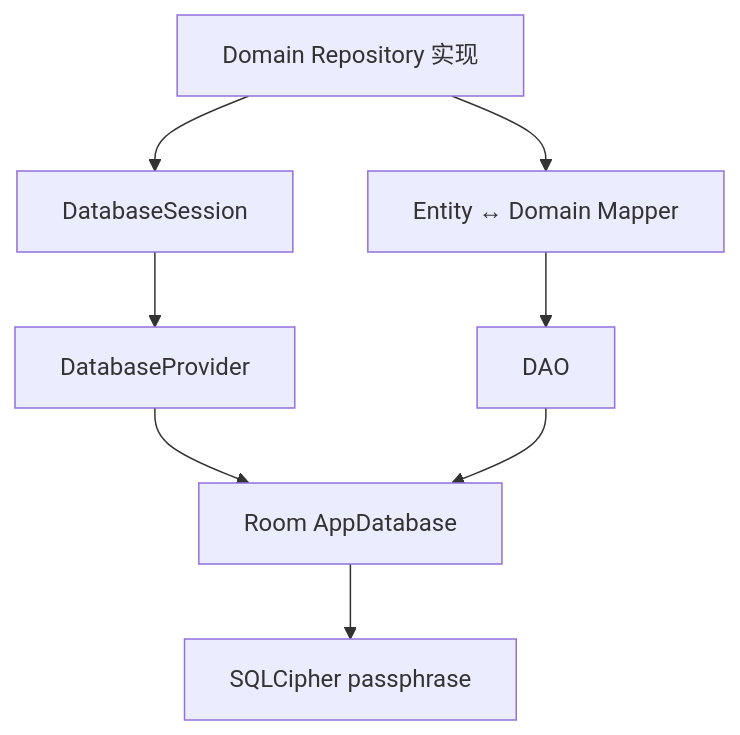
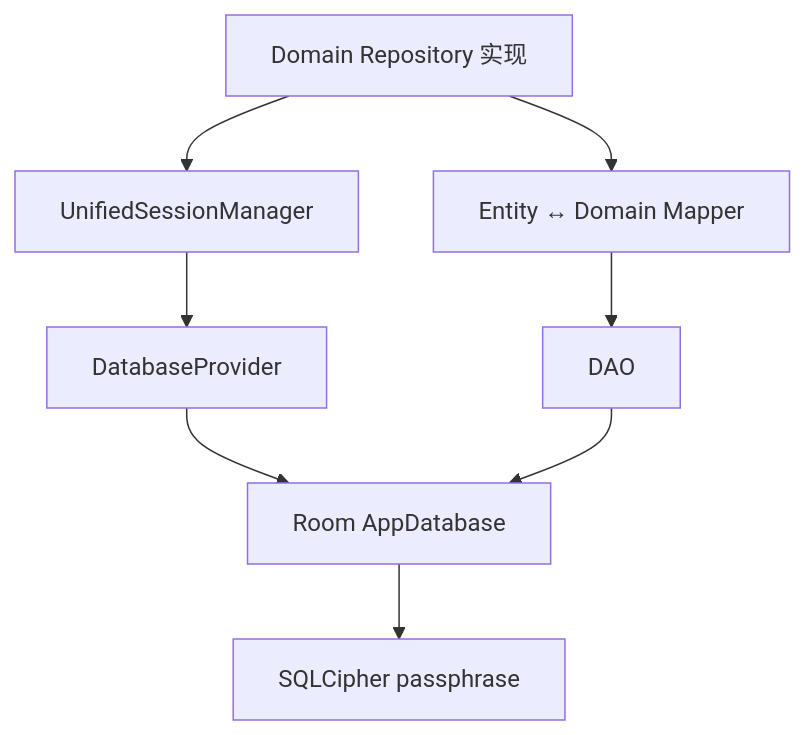
The first of 2 diagrams in docs/data/database.md (aozijx/Passly), drawn with Mermaid before and after one commit. The commit also changed other lines of this file and 71 other files, not shown here.

````diff
--- a/docs/data/database.md
+++ b/docs/data/database.md
@@ -7,10 +7,10 @@
 ```mermaid
 flowchart TB
-    Repo["Domain Repository 实现"] --> Session["DatabaseSession"]
+    Repo["Domain Repository 实现"] --> Session["UnifiedSessionManager"]
     Session --> Provider["DatabaseProvider"]
     Provider --> Room["Room AppDatabase"]
     Room --> SQLCipher["SQLCipher passphrase"]
     Repo --> Mapper["Entity ↔ Domain Mapper"]
     Mapper --> DAO
     DAO --> Room
 ```
````
